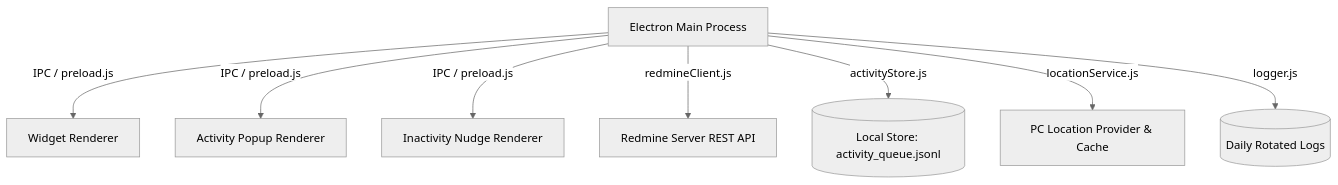
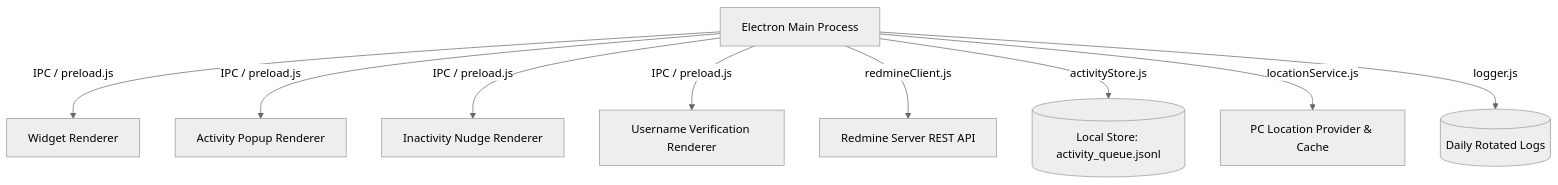
Before and after one commit to karthikeyaabm/worklens: the first of 2 diagrams in BRAIN.md, drawn with Mermaid (neutral theme). The commit also changed other lines of this file and 9 other files, not shown here.

````diff
--- a/BRAIN.md
+++ b/BRAIN.md
@@ -31,10 +32,11 @@
 ```mermaid
 graph TD
     A[Electron Main Process] -->|IPC / preload.js| B[Widget Renderer]
     A -->|IPC / preload.js| C[Activity Popup Renderer]
     A -->|IPC / preload.js| D[Inactivity Nudge Renderer]
+    A -->|IPC / preload.js| I[Username Verification Renderer]
     A -->|redmineClient.js| E[Redmine Server REST API]
     A -->|activityStore.js| F[(Local Store: activity_queue.jsonl)]
     A -->|locationService.js| H[PC Location Provider & Cache]
     A -->|logger.js| G[(Daily Rotated Logs)]
 ```
````
